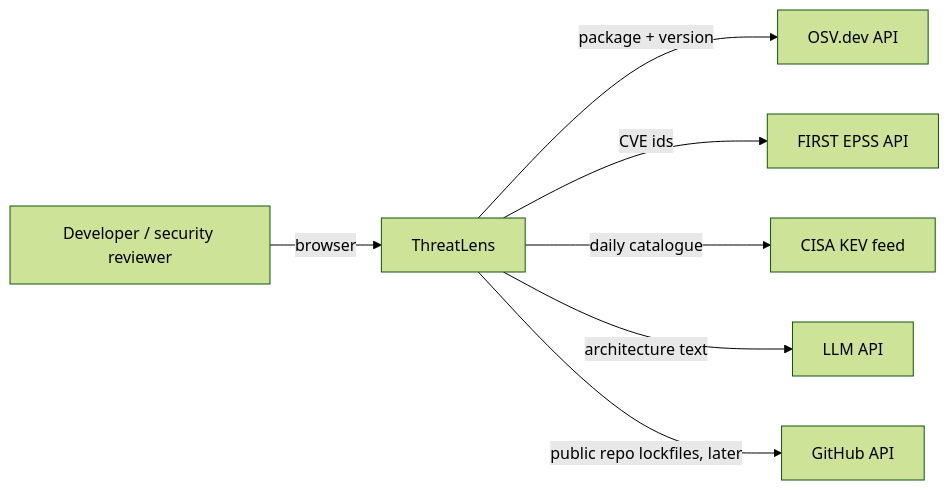
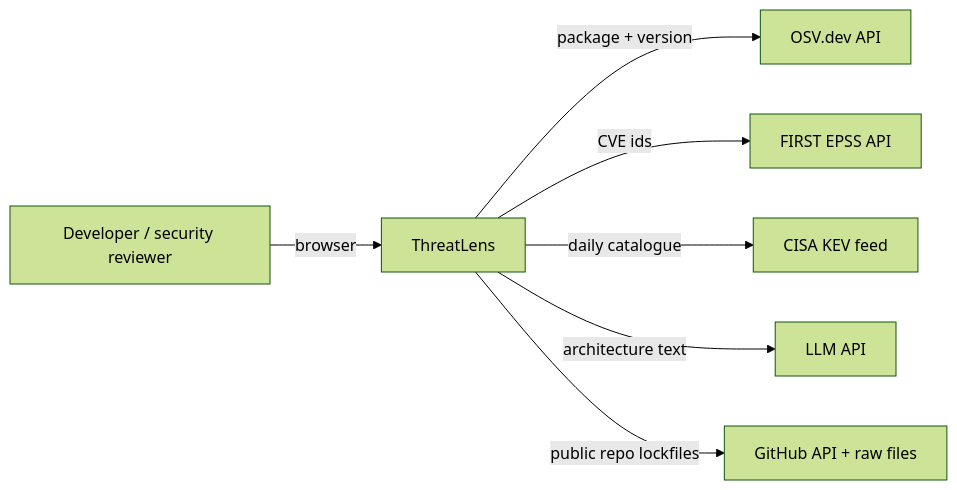
Before and after one commit to AnoushahWasif/threatlens: the first of 3 diagrams in docs/ARCHITECTURE.md, drawn with Mermaid (forest theme). The commit also changed other lines of this file and 8 other files, not shown here.

Commit message:
feat(api): scan a public github repo by name

````diff
--- a/docs/ARCHITECTURE.md
+++ b/docs/ARCHITECTURE.md
@@ -7,9 +7,9 @@
 ```mermaid
 flowchart LR
     U[Developer / security reviewer] -->|browser| TL[ThreatLens]
     TL -->|package + version| OSV[OSV.dev API]
     TL -->|CVE ids| EPSS[FIRST EPSS API]
     TL -->|daily catalogue| KEV[CISA KEV feed]
     TL -->|architecture text| LLM[LLM API]
-    TL -->|public repo lockfiles, later| GH[GitHub API]
+    TL -->|public repo lockfiles| GH[GitHub API + raw files]
 ```
````
